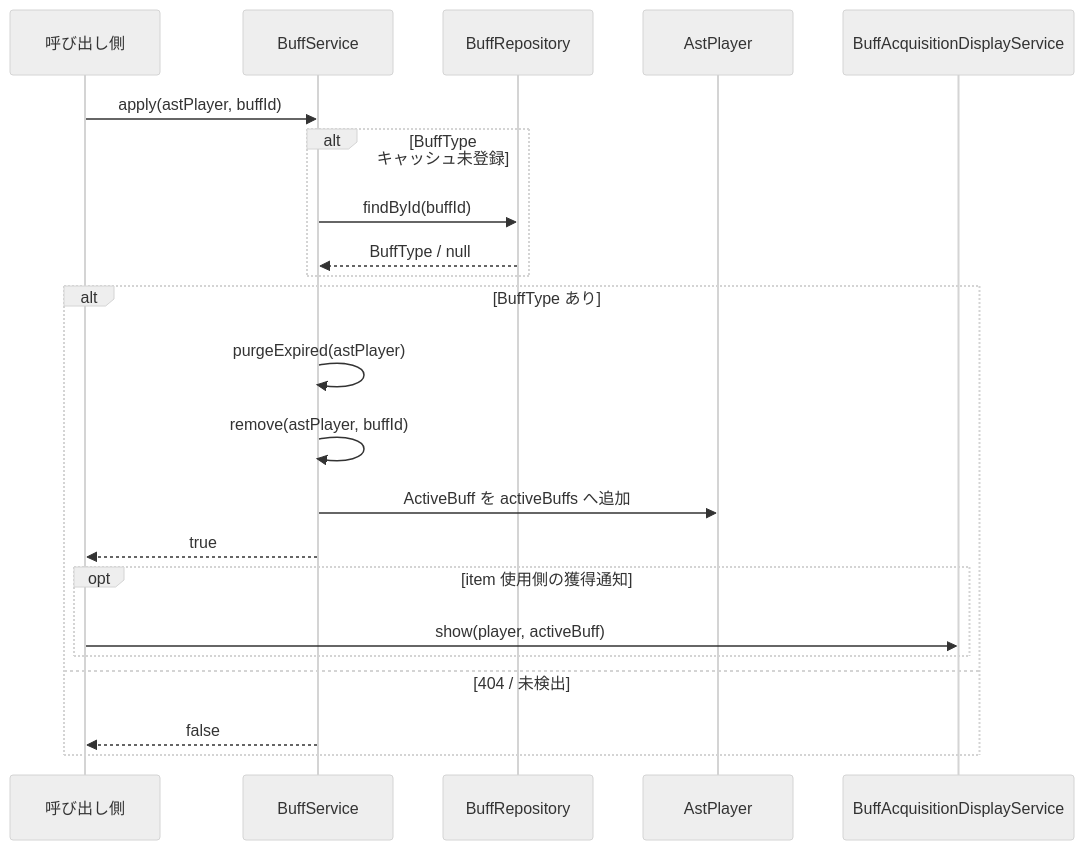
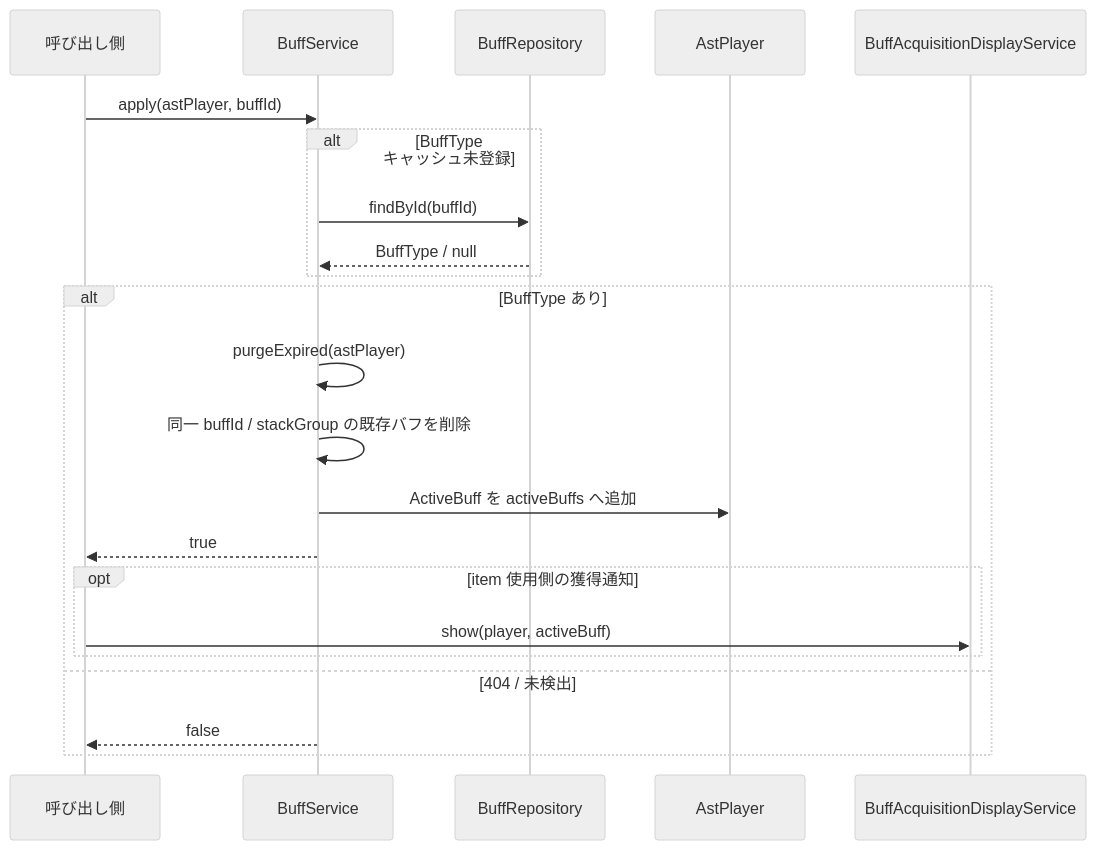
Before and after one commit to maaasu/AstralRecord-Workspace: the first of 3 diagrams in 00_docs/10_Plugin設計書/feature/05-buff/05_4-統合フロー.md, drawn with Mermaid (neutral theme). The commit also changed other lines of this file and 14 other files, not shown here.

````diff
--- a/00_docs/10_Plugin設計書/feature/05-buff/05_4-統合フロー.md
+++ b/00_docs/10_Plugin設計書/feature/05-buff/05_4-統合フロー.md
@@ -7,25 +7,25 @@
 ```mermaid
 sequenceDiagram
     participant C as 呼び出し側
     participant S as BuffService
     participant R as BuffRepository
     participant AP as AstPlayer
     participant D as BuffAcquisitionDisplayService
 
     C->>S: apply(astPlayer, buffId)
     alt BuffType キャッシュ未登録
         S->>R: findById(buffId)
         R-->>S: BuffType / null
     end
     alt BuffType あり
         S->>S: purgeExpired(astPlayer)
-        S->>S: remove(astPlayer, buffId)
+        S->>S: 同一 buffId / stackGroup の既存バフを削除
         S->>AP: ActiveBuff を activeBuffs へ追加
         S-->>C: true
         opt item 使用側の獲得通知
             C->>D: show(player, activeBuff)
         end
     else 404 / 未検出
         S-->>C: false
     end
 ```
````
